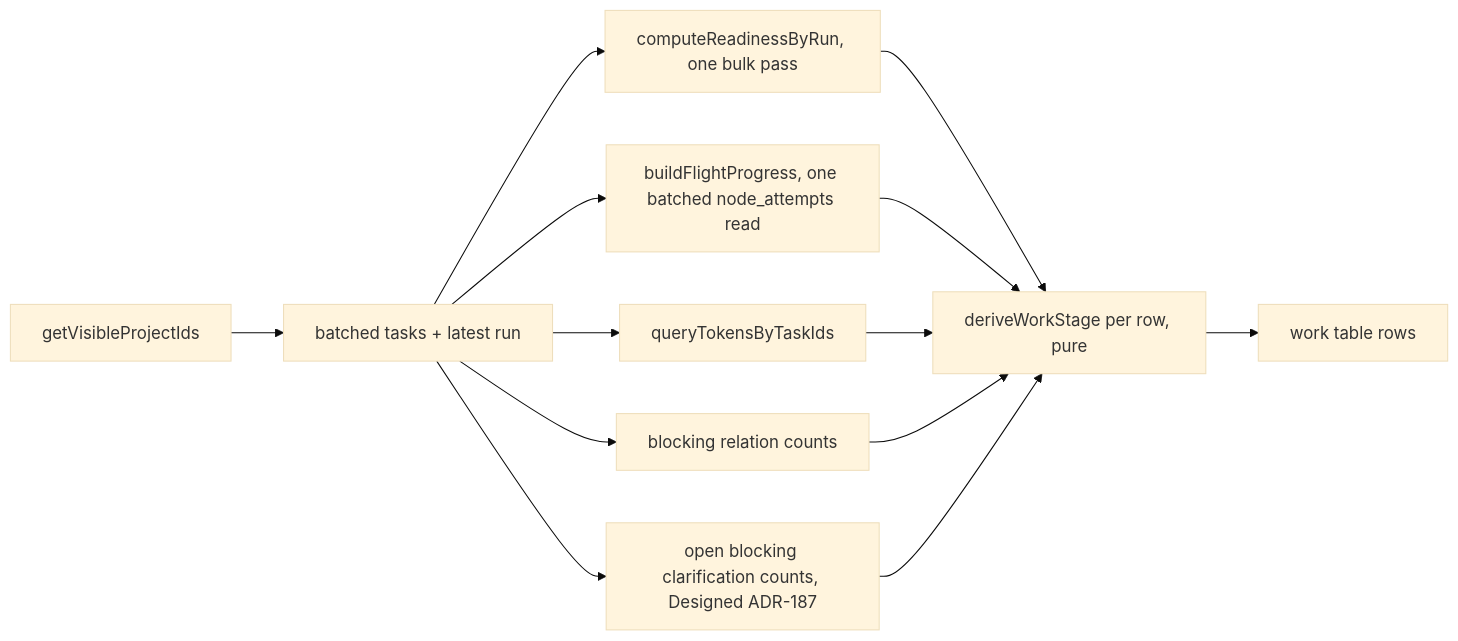
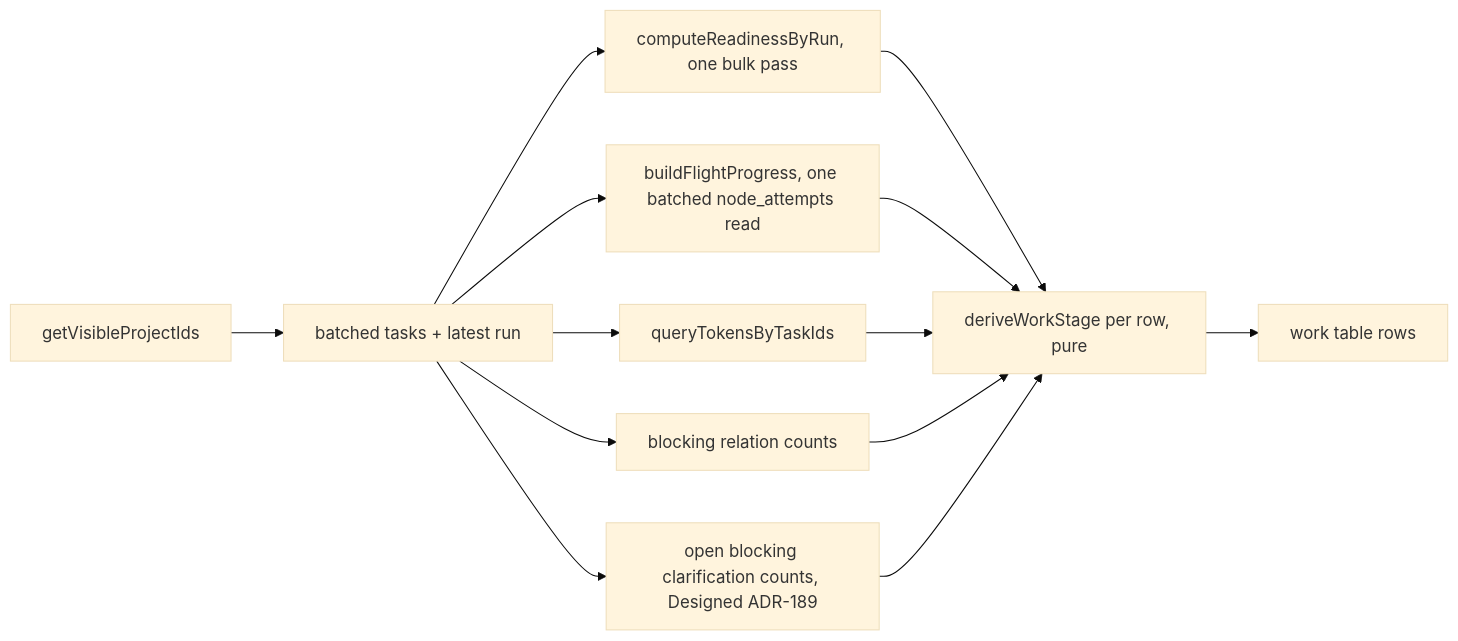
One commit to maister-dev/maister changed the third of 3 diagrams in docs/system-analytics/work-stages.md. Above: the diagram before and after it, drawn with Mermaid (base theme). The commit also changed other lines of this file and 171 other files, not shown here.

````diff
--- a/docs/system-analytics/work-stages.md
+++ b/docs/system-analytics/work-stages.md
@@ -104,15 +104,15 @@
 ```mermaid
 flowchart LR
     A["getVisibleProjectIds"] --> B["batched tasks + latest run"]
     B --> C["computeReadinessByRun, one bulk pass"]
     B --> D["buildFlightProgress, one batched node_attempts read"]
     B --> E["queryTokensByTaskIds"]
     B --> F["blocking relation counts"]
-    B --> K["open blocking clarification counts, Designed ADR-187"]
+    B --> K["open blocking clarification counts, Designed ADR-189"]
     C --> G["deriveWorkStage per row, pure"]
     D --> G
     E --> G
     F --> G
     K --> G
     G --> H["work table rows"]
 ```
````
